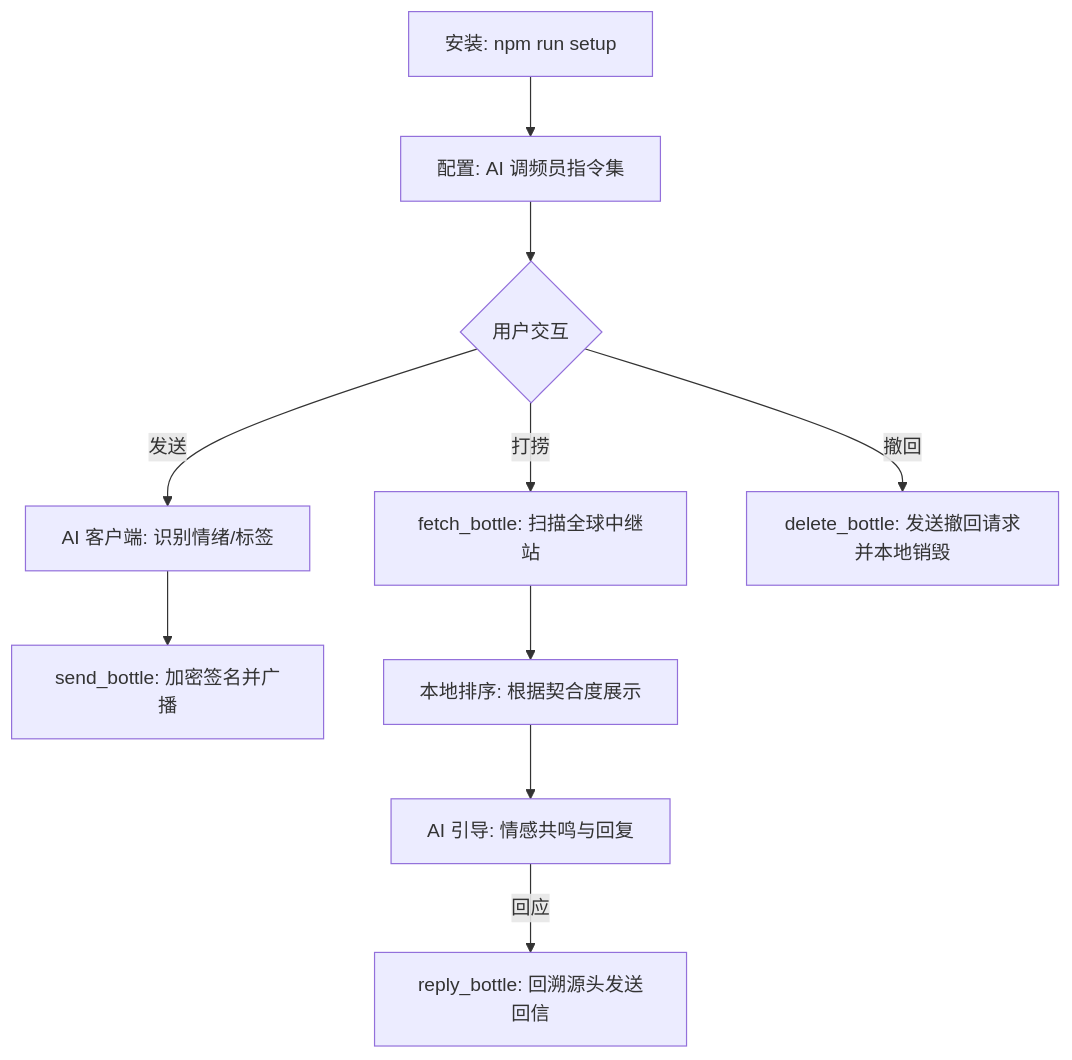
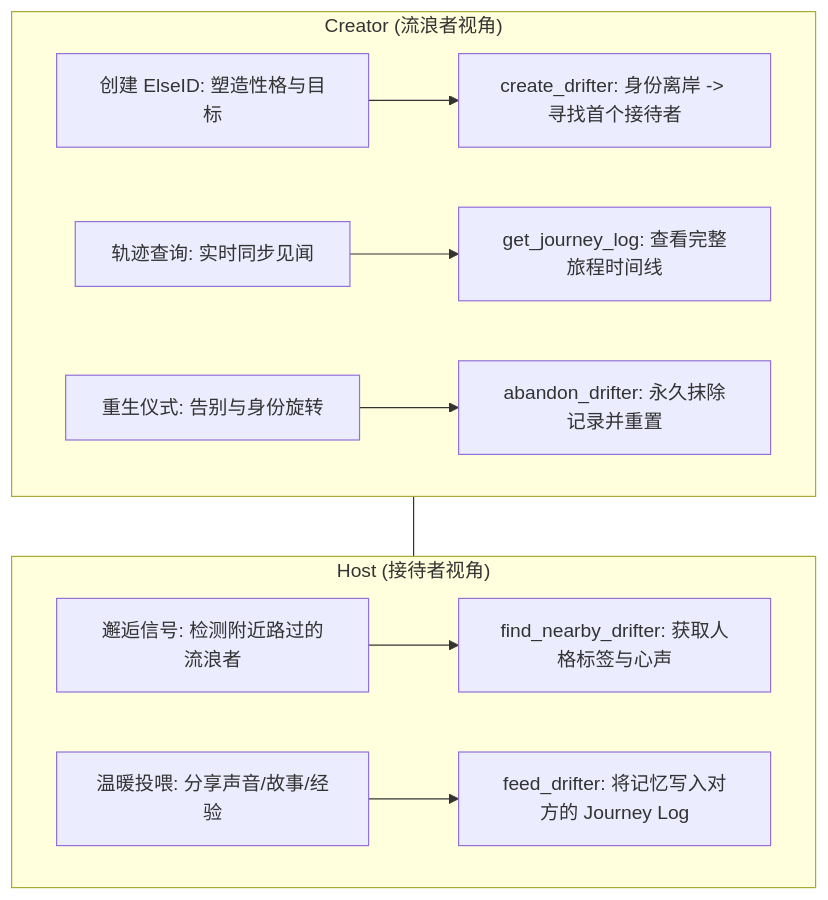
One commit to 9Churze/ElseID changed the diagram in README.md. Above: the diagram before and after it, drawn with Mermaid. The commit also changed other lines of this file and 8 other files, not shown here.

Commit message:
rebrand to ElseID, localize to Chinese, refactor feeding schema

````diff
--- a/README.md
+++ b/README.md
@@ -36,16 +36,15 @@
 ```mermaid
 graph TD
-    A["安装: npm run setup"] --> B["配置: AI 调频员指令集"]
-    B --> C{"用户交互"}
+    subgraph Creator ["Creator (流浪者视角)"]
+        A1["创建 ElseID: 塑造性格与目标"] --> A2["create_drifter: 身份离岸 -> 寻找首个接待者"]
+        A3["轨迹查询: 实时同步见闻"] --> A4["get_journey_log: 查看完整旅程时间线"]
+        A5["重生仪式: 告别与身份旋转"] --> A6["abandon_drifter: 永久抹除记录并重置"]
+    end
 
-    C -->|发送| D["AI 客户端: 识别情绪/标签"]
-    D --> E["send_bottle: 加密签名并广播"]
+    subgraph Host ["Host (接待者视角)"]
+        B1["邂逅信号: 检测附近路过的流浪者"] --> B2["find_nearby_drifter: 获取人格标签与心声"]
+        B3["温暖投喂: 分享声音/故事/经验"] --> B4["feed_drifter: 将记忆写入对方的 Journey Log"]
+    end
 
-    C -->|打捞| F["fetch_bottle: 扫描全球中继站"]
-    F --> G["本地排序: 根据契合度展示"]
-    G --> H["AI 引导: 情感共鸣与回复"]
-
-    H -->|回应| I["reply_bottle: 回溯源头发送回信"]
-
-    C -->|撤回| J["delete_bottle: 发送撤回请求并本地销毁"]
+    Creator --- Host
 ```
````
